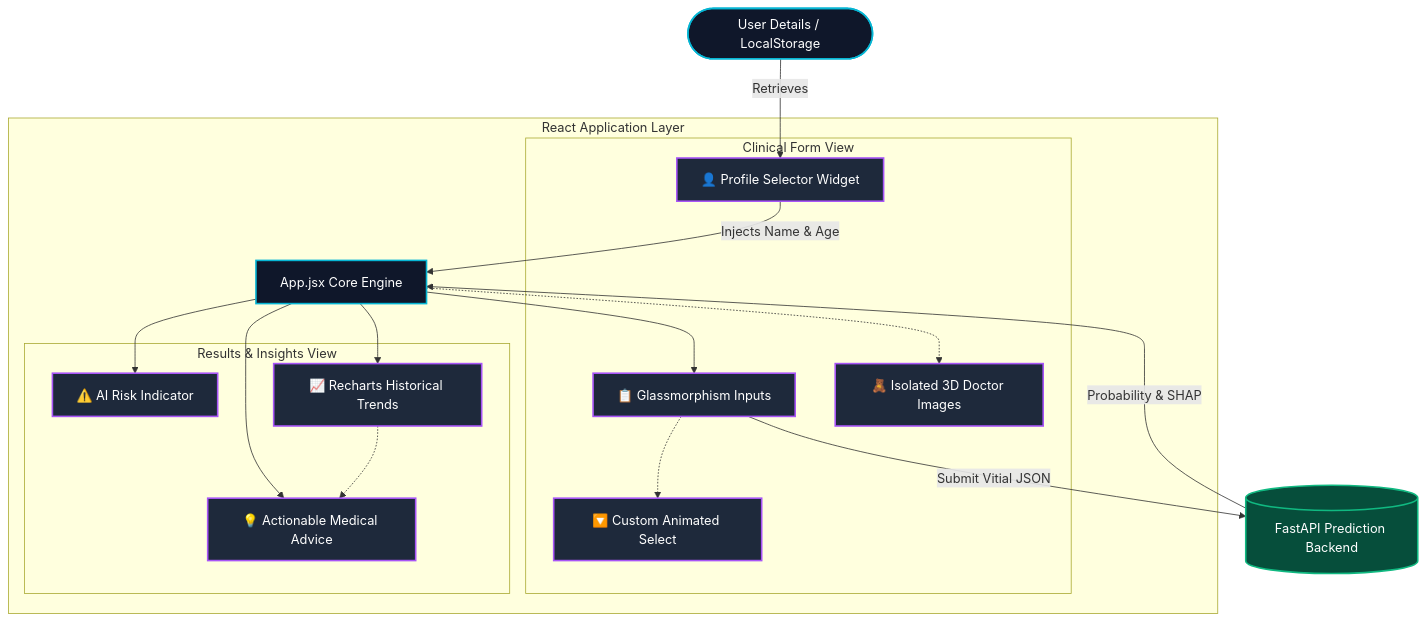
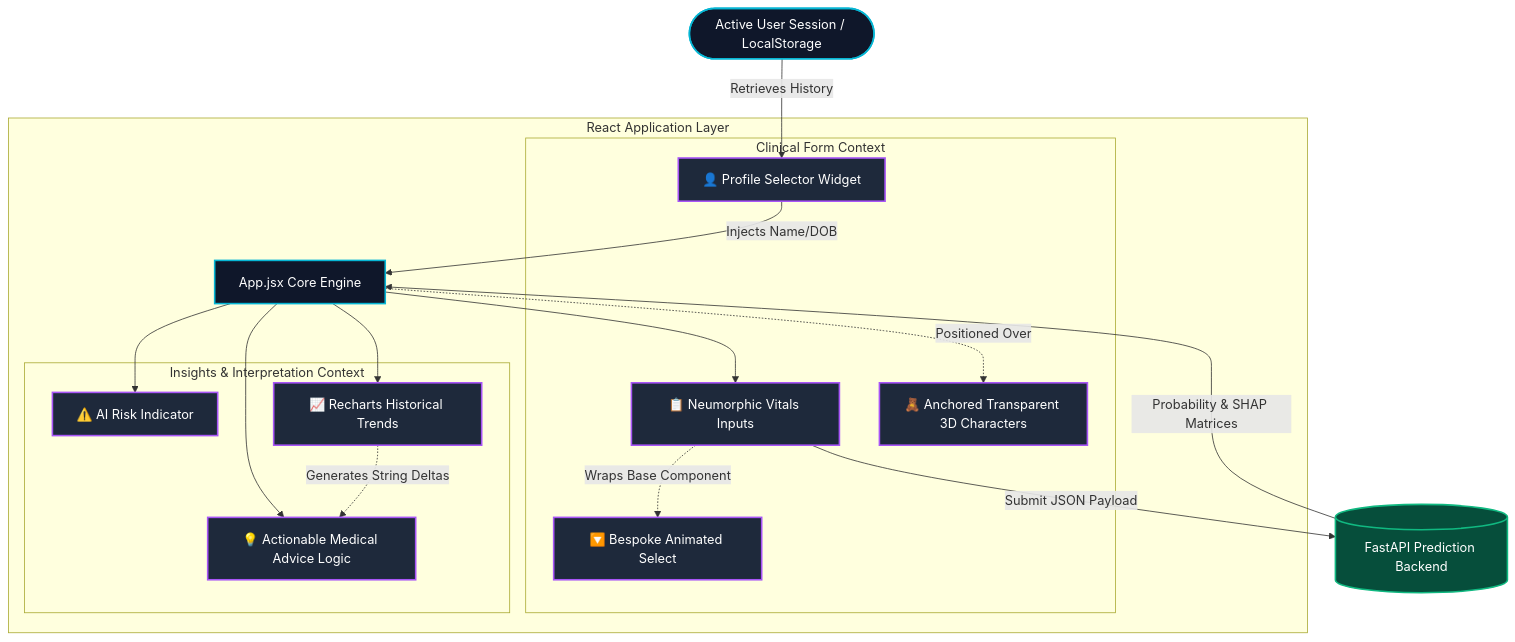
One commit to 01mayankk/MediGuide-AI changed the diagram in frontend/README.md. Above: the diagram before and after it, drawn with Mermaid. The commit also changed other lines of this file and 2 other files, not shown here.

Commit message:
feat: enhance frontend README with detailed UX philosophy and features; improve App component for auto-filling user vitals

````diff
--- a/frontend/README.md
+++ b/frontend/README.md
@@ -19,40 +20,40 @@
 ```mermaid
 graph TD
     classDef main fill:#0f172a,stroke:#06b6d4,stroke-width:2px,color:#fff;
     classDef comp fill:#1e293b,stroke:#a855f7,stroke-width:2px,color:#fff;
     classDef api fill:#064e3b,stroke:#10b981,stroke-width:2px,color:#fff;
 
-    User([User Details / LocalStorage]):::main
+    User([Active User Session / LocalStorage]):::main
     
     subgraph "React Application Layer"
         App[App.jsx Core Engine]:::main
         
-        subgraph "Clinical Form View"
+        subgraph "Clinical Form Context"
             ProfileCard["👤 Profile Selector Widget"]:::comp
-            Form["📋 Glassmorphism Inputs"]:::comp
-            CustomDropdown["🔽 Custom Animated Select"]:::comp
-            3D["🧸 Isolated 3D Doctor Images"]:::comp
+            Form["📋 Neumorphic Vitals Inputs"]:::comp
+            CustomDropdown["🔽 Bespoke Animated Select"]:::comp
+            3D["🧸 Anchored Transparent 3D Characters"]:::comp
         end
         
-        subgraph "Results & Insights View"
+        subgraph "Insights & Interpretation Context"
             RiskBadge["⚠️ AI Risk Indicator"]:::comp
             TrendsWidget["📈 Recharts Historical Trends"]:::comp
-            AdvicePanel["💡 Actionable Medical Advice"]:::comp
+            AdvicePanel["💡 Actionable Medical Advice Logic"]:::comp
         end
     end
     
     Backend[(FastAPI Prediction Backend)]:::api
 
-    User -->|Retrieves| ProfileCard
-    ProfileCard -->|Injects Name & Age| App
+    User -->|Retrieves History| ProfileCard
+    ProfileCard -->|Injects Name/DOB| App
     App --> Form
-    Form -.-> CustomDropdown
-    App -.-> 3D
+    Form -.->|Wraps Base Component| CustomDropdown
+    App -.->|Positioned Over| 3D
     
-    Form -- "Submit Vitial JSON" --> Backend
-    Backend -- "Probability & SHAP" --> App
+    Form -- "Submit JSON Payload" --> Backend
+    Backend -- "Probability & SHAP Matrices" --> App
     App --> RiskBadge
     App --> TrendsWidget
     App --> AdvicePanel
-    TrendsWidget -.-> AdvicePanel
+    TrendsWidget -.->|Generates String Deltas| AdvicePanel
 ```
````
